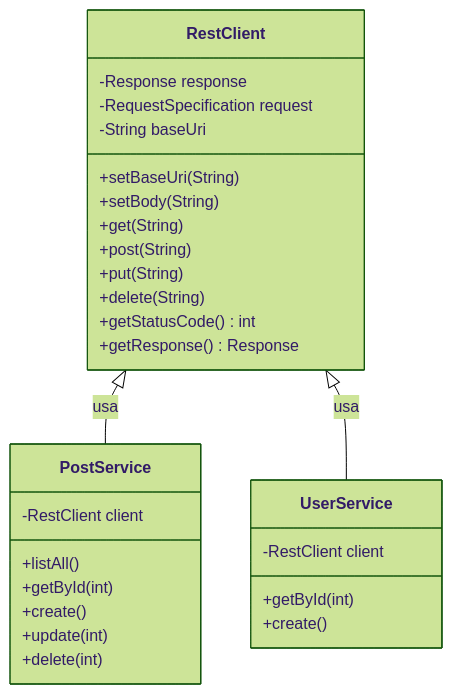
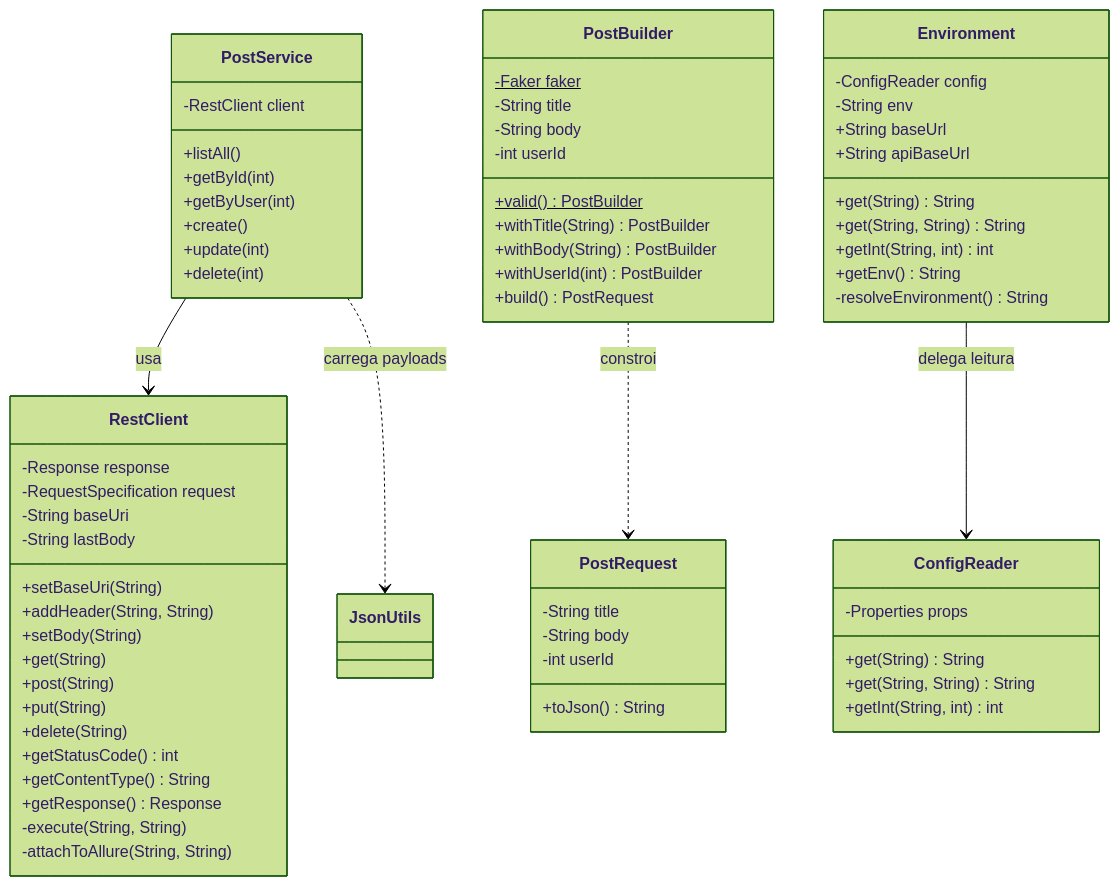
Before and after one commit to aline-nory/selenium-restassured-cucumber-kiro-github-actions: the seventh of 9 diagrams in DOCUMENTATION.md, drawn with Mermaid (forest theme). The commit also changed other lines of this file, not shown here.

````diff
--- a/DOCUMENTATION.md
+++ b/DOCUMENTATION.md
@@ -1670,34 +1696,74 @@
 ```mermaid
 classDiagram
     class RestClient {
         -Response response
         -RequestSpecification request
         -String baseUri
+        -String lastBody
         +setBaseUri(String)
+        +addHeader(String, String)
         +setBody(String)
         +get(String)
         +post(String)
         +put(String)
         +delete(String)
         +getStatusCode() int
+        +getContentType() String
         +getResponse() Response
+        -execute(String, String)
+        -attachToAllure(String, String)
     }
 
     class PostService {
         -RestClient client
         +listAll()
         +getById(int)
+        +getByUser(int)
         +create()
         +update(int)
         +delete(int)
     }
 
-    class UserService {
-        -RestClient client
-        +getById(int)
-        +create()
+    class PostBuilder {
+        -Faker faker$
+        -String title
+        -String body
+        -int userId
+        +valid()$ PostBuilder
+        +withTitle(String) PostBuilder
+        +withBody(String) PostBuilder
+        +withUserId(int) PostBuilder
+        +build() PostRequest
     }
 
-    RestClient <|-- PostService : usa
-    RestClient <|-- UserService : usa
+    class PostRequest {
+        -String title
+        -String body
+        -int userId
+        +toJson() String
+    }
+
+    class Environment {
+        -ConfigReader config
+        -String env
+        +String baseUrl
+        +String apiBaseUrl
+        +get(String) String
+        +get(String, String) String
+        +getInt(String, int) int
+        +getEnv() String
+        -resolveEnvironment() String
+    }
+
+    class ConfigReader {
+        -Properties props
+        +get(String) String
+        +get(String, String) String
+        +getInt(String, int) int
+    }
+
+    PostService --> RestClient : usa
+    PostService ..> JsonUtils : carrega payloads
+    PostBuilder ..> PostRequest : constroi
+    Environment --> ConfigReader : delega leitura
 ```
````
